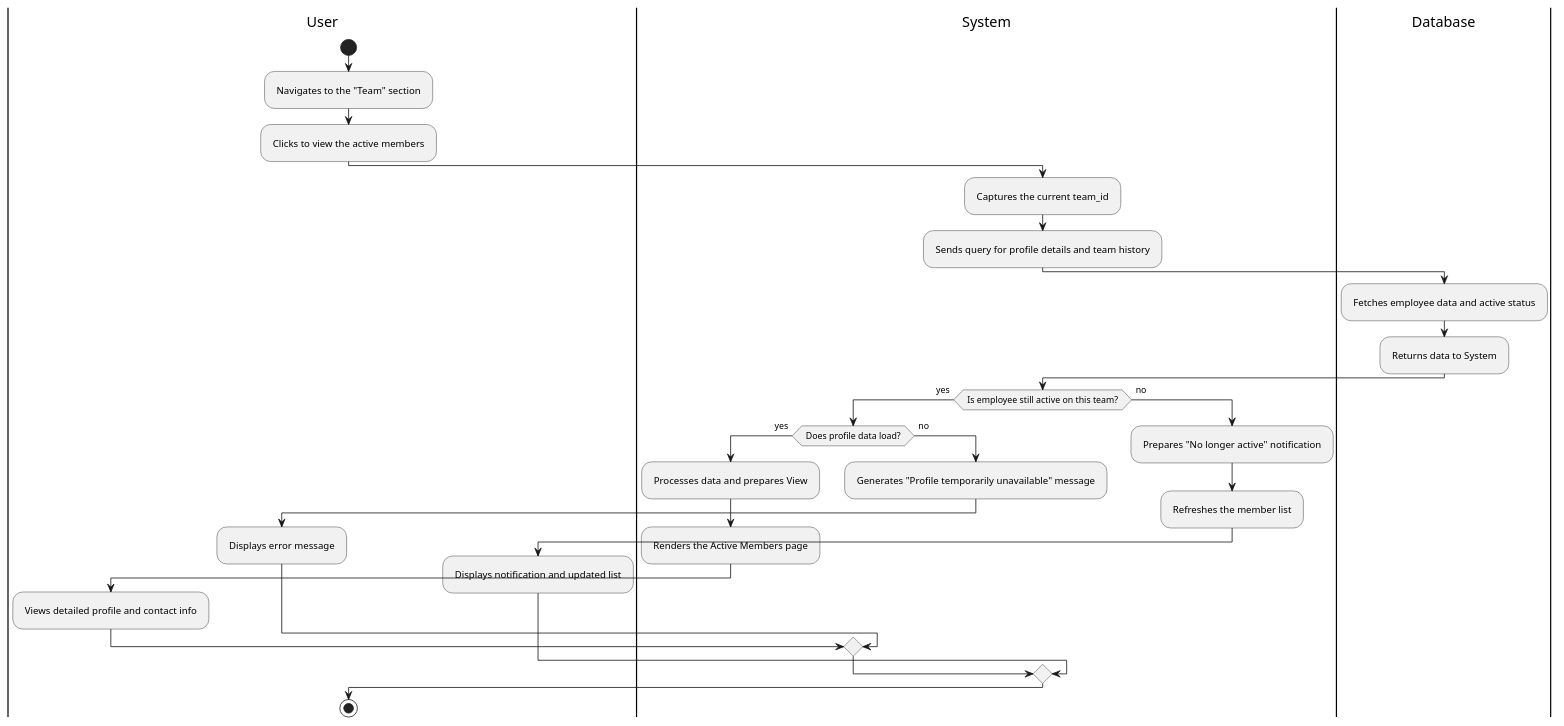
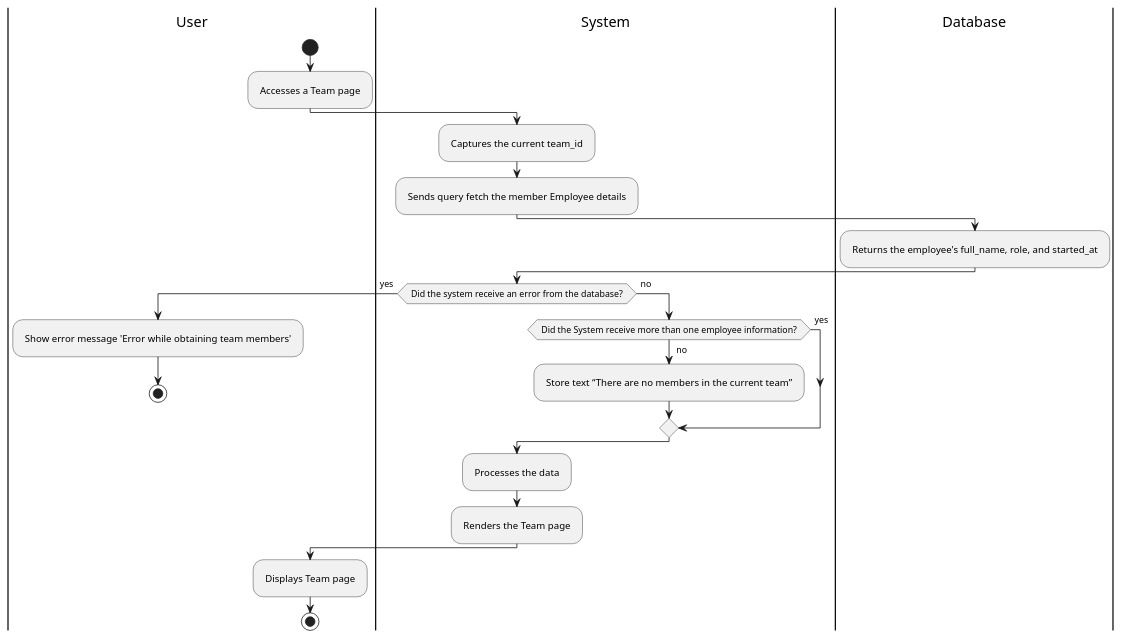
The diagram in documentation/activity_diagrams/TEAM-05-ActivityDiagrma.puml (Berthou05/LimboSoftwareDevelopment_Change.org), drawn with PlantUML before and after one commit. The commit also changed 10 other files, not shown here.

```diff
--- a/documentation/activity_diagrams/TEAM-05-ActivityDiagrma.puml
+++ b/documentation/activity_diagrams/TEAM-05-ActivityDiagrma.puml
@@ -1,41 +1,36 @@
 @startuml
 skinparam ActivityDiamondMaxWidth 100
 skinparam Padding 5
 
 |User|
 start
-:Navigates to the "Team" section;
-:Clicks to view the active members;
+:Accesses a Team page;
 
 |System|
 :Captures the current team_id;
-:Sends query for profile details and team history;
+:Sends query fetch the member Employee details;
 
 |Database|
-:Fetches employee data and active status;
-:Returns data to System;
+:Returns the employee's full_name, role, and started_at;
 
 |System|
-if (Is employee still active on this team?) then (yes)
-    if (Does profile data load?) then (yes)
-        :Processes data and prepares View;
-        :Renders the Active Members page;
-        |User|
-        :Views detailed profile and contact info;
+if(Did the system receive an error from the database?)is(yes)then
+    |User|
+    :Show error message 'Error while obtaining team members';
+    stop
+    |System|
+else(no)
+    if (Did the System receive more than one employee information?) is (yes) then
+
     else (no)
         |System|
-        :Generates "Profile temporarily unavailable" message;
-        |User|
-        :Displays error message;
+        :Store text “There are no members in the current team”;
     endif
-else (no)
-    |System|
-    :Prepares "No longer active" notification;
-    :Refreshes the member list;
-    |User|
-    :Displays notification and updated list;
 endif
-
+|System|
+:Processes the data;
+:Renders the Team page;
 |User|
+:Displays Team page;
 stop
 @enduml
```
